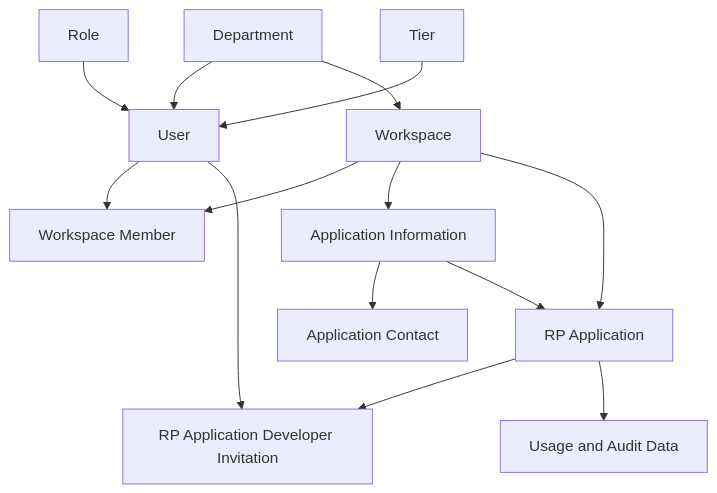
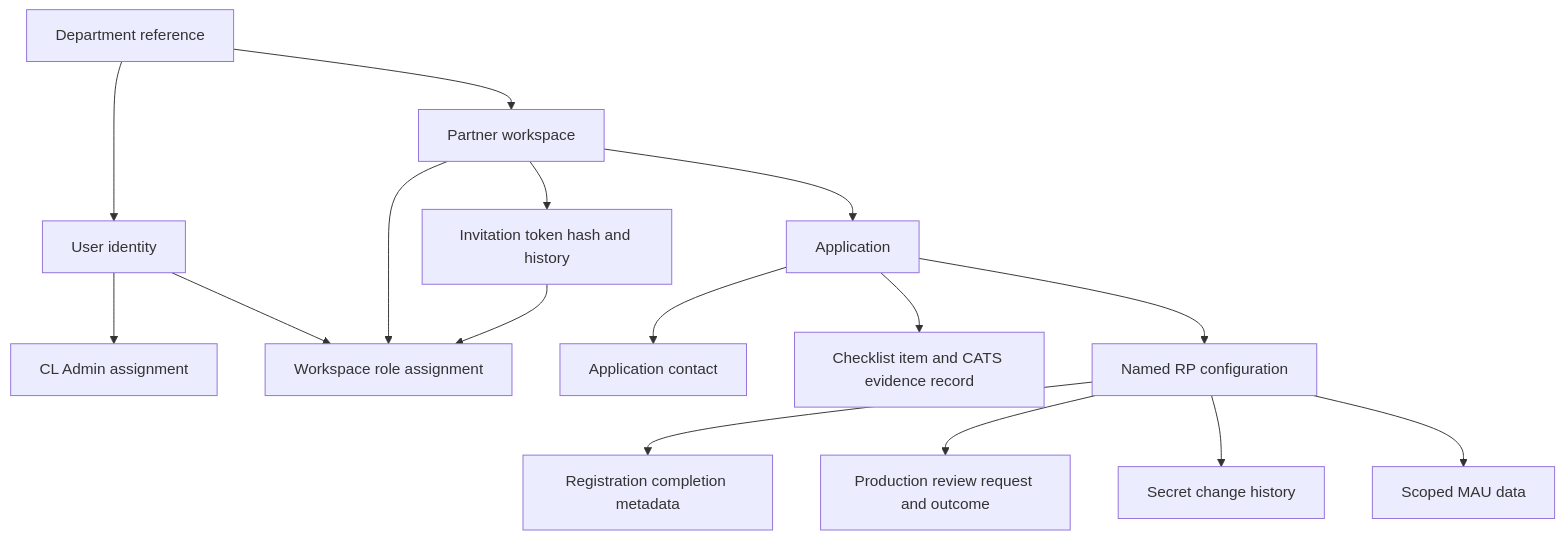
One commit to cds-snc/canadalogin-partner-portal changed the second of 5 diagrams in docs/plans/partner-portal-diagrams.md. Above: the diagram before and after it, drawn with Mermaid. The commit also changed other lines of this file and 1343 other files, not shown here.

First line of the commit message:
feat(portal): deliver MVP2 onboarding, RP configuration, and invitation workflows (#160)

````diff
--- a/docs/plans/partner-portal-diagrams.md
+++ b/docs/plans/partner-portal-diagrams.md
@@ -75,28 +88,33 @@
 ```mermaid
 flowchart TD
-    Department[Department]
-    User[User]
-    Role[Role]
-    Tier[Tier]
-    Workspace[Workspace]
-    Member[Workspace Member]
-    AppInfo[Application Information]
-    Contact[Application Contact]
-    RPApp[RP Application]
-    Invite[RP Application Developer Invitation]
-    Usage[Usage and Audit Data]
+    Department[Department reference]
+    User[User identity]
+    GlobalRole[CL Admin assignment]
+    Workspace[Partner workspace]
+    WorkspaceAccess[Workspace role assignment]
+    Application[Application]
+    Contact[Application contact]
+    Checklist[Checklist item and CATS evidence record]
+    RPConfig[Named RP configuration]
+    Registration[Registration completion metadata]
+    ProductionReview[Production review request and outcome]
+    Invitation[Invitation token hash and history]
+    SecretHistory[Secret change history]
+    MAU[Scoped MAU data]
 
+    Department --> Workspace
     Department --> User
-    Department --> Workspace
-    Role --> User
-    Tier --> User
-    User --> Member
-    Workspace --> Member
-    Workspace --> AppInfo
-    AppInfo --> Contact
-    Workspace --> RPApp
-    AppInfo --> RPApp
-    RPApp --> Invite
-    RPApp --> Usage
-    User --> Invite
+    User --> GlobalRole
+    User --> WorkspaceAccess
+    Workspace --> WorkspaceAccess
+    Workspace --> Application
+    Application --> Contact
+    Application --> Checklist
+    Application --> RPConfig
+    RPConfig --> Registration
+    RPConfig --> ProductionReview
+    Workspace --> Invitation
+    Invitation --> WorkspaceAccess
+    RPConfig --> SecretHistory
+    RPConfig --> MAU
 ```
````
